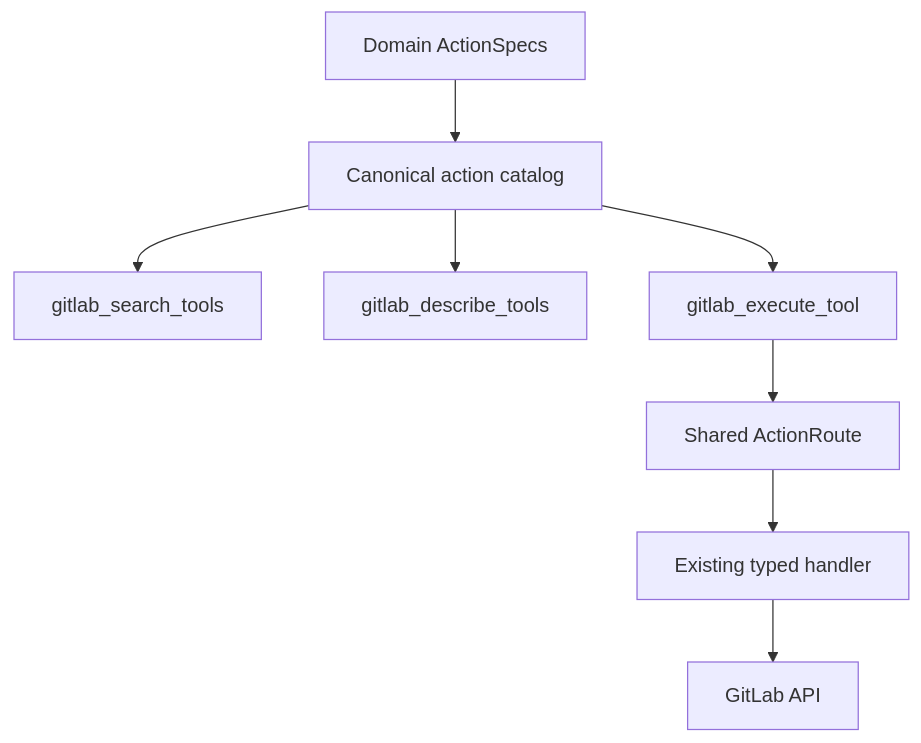
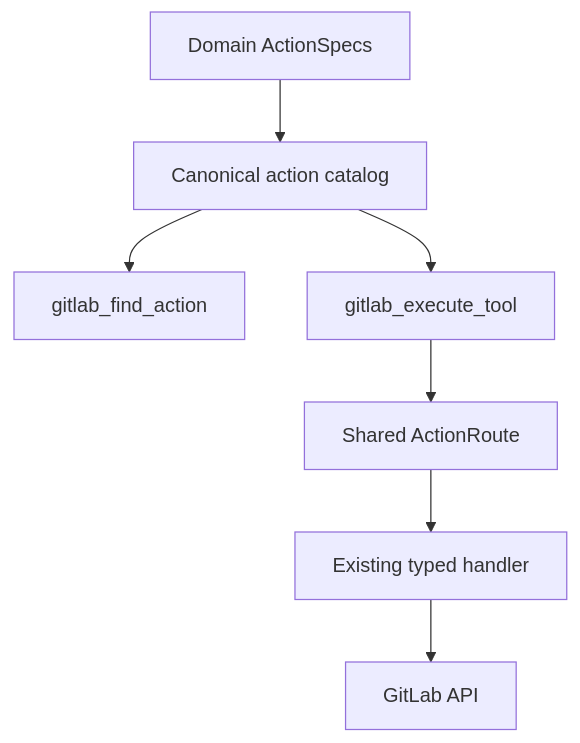
Before and after one commit to jmrplens/gitlab-mcp-server: the fifth of 5 diagrams in site/src/content/docs/architecture.mdx, drawn with Mermaid. The commit also changed other lines of this file and 179 other files, not shown here.

````diff
--- a/site/src/content/docs/architecture.mdx
+++ b/site/src/content/docs/architecture.mdx
@@ -157,10 +157,9 @@
 ```mermaid
 flowchart TD
     specs[Domain ActionSpecs] --> catalog[Canonical action catalog]
-    catalog --> search[gitlab_search_tools]
-    catalog --> describe[gitlab_describe_tools]
+    catalog --> find[gitlab_find_action]
     catalog --> execute[gitlab_execute_tool]
     execute --> route[Shared ActionRoute]
     route --> handler[Existing typed handler]
     handler --> gitlab[GitLab API]
 ```
````
